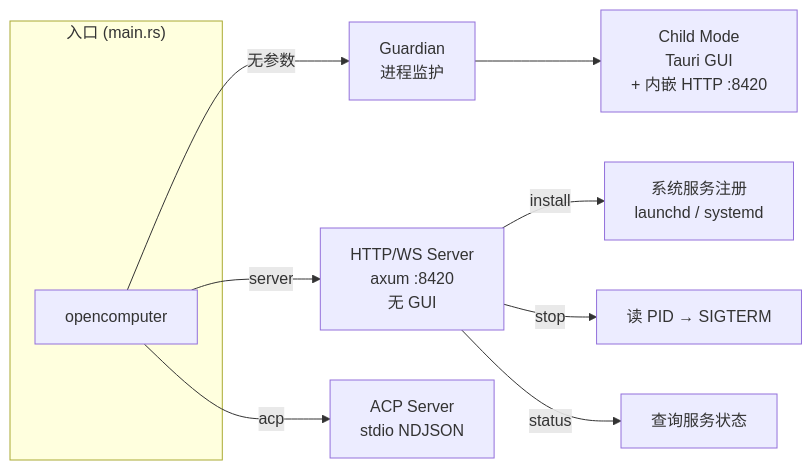
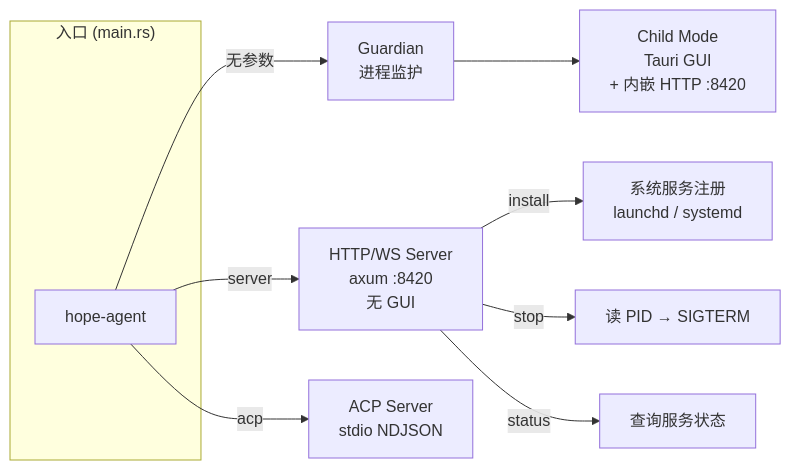
One commit to shiwenwen/hope-agent changed the second of 8 diagrams in docs/architecture/backend-separation.md. Above: the diagram before and after it, drawn with Mermaid. The commit also changed other lines of this file and 727 other files, not shown here.

First line of the commit message:
chore(rename): OpenComputer → Hope Agent（随 0.1.0 首发一把切换）

````diff
--- a/docs/architecture/backend-separation.md
+++ b/docs/architecture/backend-separation.md
@@ -123,16 +123,16 @@
 ```mermaid
 graph LR
     subgraph "入口 (main.rs)"
-        MAIN["opencomputer"]
+        MAIN["hope-agent"]
     end
 
     MAIN -->|"无参数"| GUARDIAN["Guardian<br/>进程监护"]
     GUARDIAN --> CHILD["Child Mode<br/>Tauri GUI<br/>+ 内嵌 HTTP :8420"]
 
     MAIN -->|"server"| SERVER["HTTP/WS Server<br/>axum :8420<br/>无 GUI"]
     MAIN -->|"acp"| ACP["ACP Server<br/>stdio NDJSON"]
 
     SERVER -->|"install"| LAUNCHD["系统服务注册<br/>launchd / systemd"]
     SERVER -->|"stop"| STOP["读 PID → SIGTERM"]
     SERVER -->|"status"| STATUS["查询服务状态"]
 ```
````
